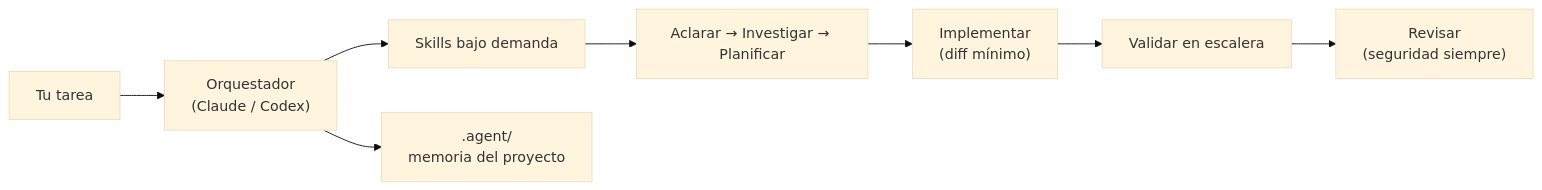
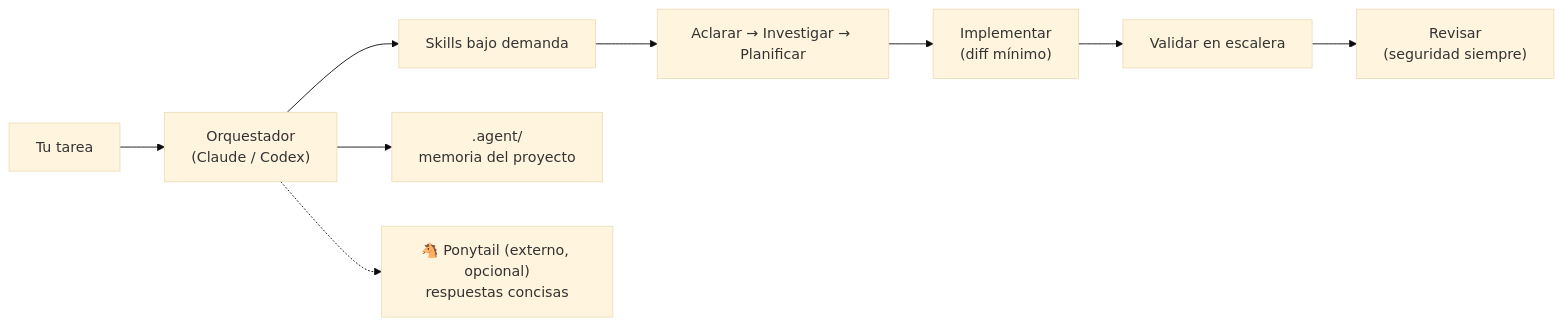
One commit to Rittmeyer765/ritt-agent-skills changed the first of 3 diagrams in README.md. Above: the diagram before and after it, drawn with Mermaid (base theme). The commit also changed other lines of this file, not shown here.

Commit message:
docs(readme): note Ponytail as recommended external companion (not bundled)

````diff
--- a/README.md
+++ b/README.md
@@ -9,10 +9,11 @@
 ```mermaid
 flowchart LR
   U["Tu tarea"] --> O["Orquestador<br/>(Claude / Codex)"]
   O --> S["Skills bajo demanda"]
   S --> AR["Aclarar → Investigar → Planificar"]
   AR --> IM["Implementar<br/>(diff mínimo)"]
   IM --> V["Validar en escalera"]
   V --> R["Revisar<br/>(seguridad siempre)"]
   O --> M[".agent/<br/>memoria del proyecto"]
+  O -.-> P["🐴 Ponytail (externo, opcional)<br/>respuestas concisas"]
 ```
````
